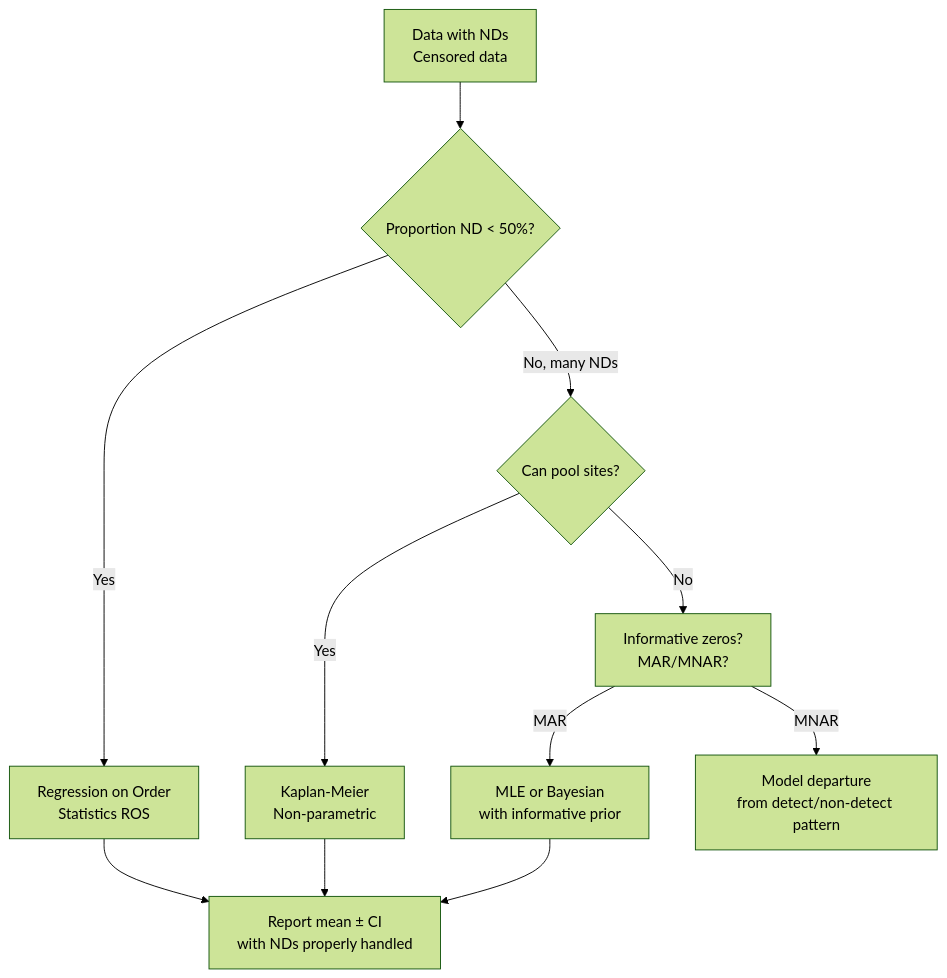
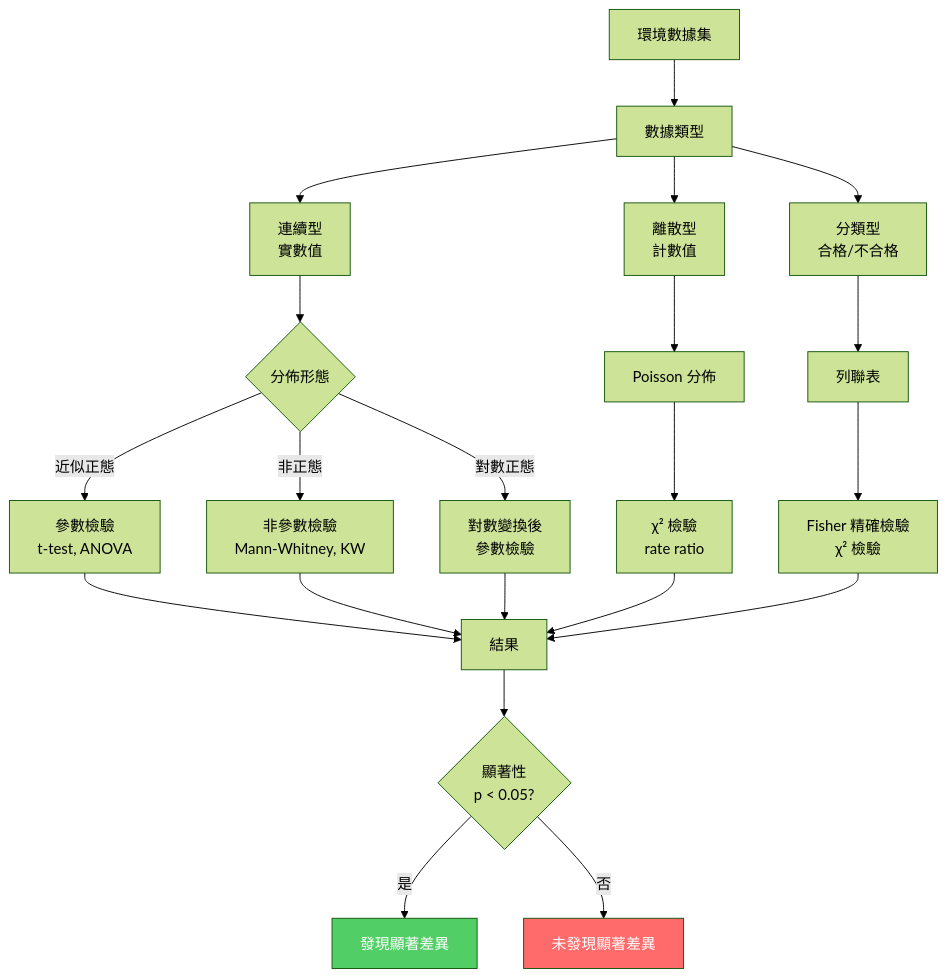
The fifth of 5 diagrams in MIT_CEE_Core/Track_1_Environment/Fluids_Transport_Engineering/03_1.107_Water_Air_Quality_Lab.md (yip-lgtm/civil-bootcamp), drawn with Mermaid (forest theme) before and after one commit. The commit also changed other lines of this file and 8 other files, not shown here.

````diff
--- a/MIT_CEE_Core/Track_1_Environment/Fluids_Transport_Engineering/03_1.107_Water_Air_Quality_Lab.md
+++ b/MIT_CEE_Core/Track_1_Environment/Fluids_Transport_Engineering/03_1.107_Water_Air_Quality_Lab.md
@@ -307,13 +779,32 @@
 ```mermaid
 flowchart TD
-    A[Data with NDs<br/>Censored data] --> B{Proportion ND < 50%?}
-    B -->|Yes| C[Regression on Order<br/>Statistics ROS]
-    B -->|No, many NDs| D{Can pool sites?}
-    D -->|Yes| E[Kaplan-Meier<br/>Non-parametric]
-    D -->|No| F[Informative zeros?<br/>MAR/MNAR?]
-    F -->|MAR| G[MLE or Bayesian<br/>with informative prior]
-    F -->|MNAR| H[Model departure<br/>from detect/non-detect pattern]
-    C --> I[Report mean ± CI<br/>with NDs properly handled]
-    E --> I
-    G --> I
+    A[環境數據集] --> B[數據類型]
+    
+    B --> C[連續型<br/>實數值]
+    B --> D[離散型<br/>計數值]
+    B --> E[分類型<br/>合格/不合格]
+    
+    C --> C1{分佈形態}
+    C1 -->|近似正態| C1A[參數檢驗<br/>t-test, ANOVA]
+    C1 -->|非正態| C1B[非參數檢驗<br/>Mann-Whitney, KW]
+    C1 -->|對數正態| C1C[對數變換後<br/>參數檢驗]
+    
+    D --> D1[Poisson 分佈]
+    D1 --> D1A[χ² 檢驗<br/>rate ratio]
+    
+    E --> E1[列聯表]
+    E1 --> E1A[Fisher 精確檢驗<br/>χ² 檢驗]
+    
+    C1A --> F[結果]
+    C1B --> F
+    C1C --> F
+    D1A --> F
+    E1A --> F
+    
+    F --> G{顯著性<br/>p < 0.05?}
+    G -->|是| H[發現顯著差異]
+    G -->|否| I[未發現顯著差異]
+    
+    style H fill:#51cf66,color:#fff
+    style I fill:#ff6b6b,color:#fff
 ```
````
